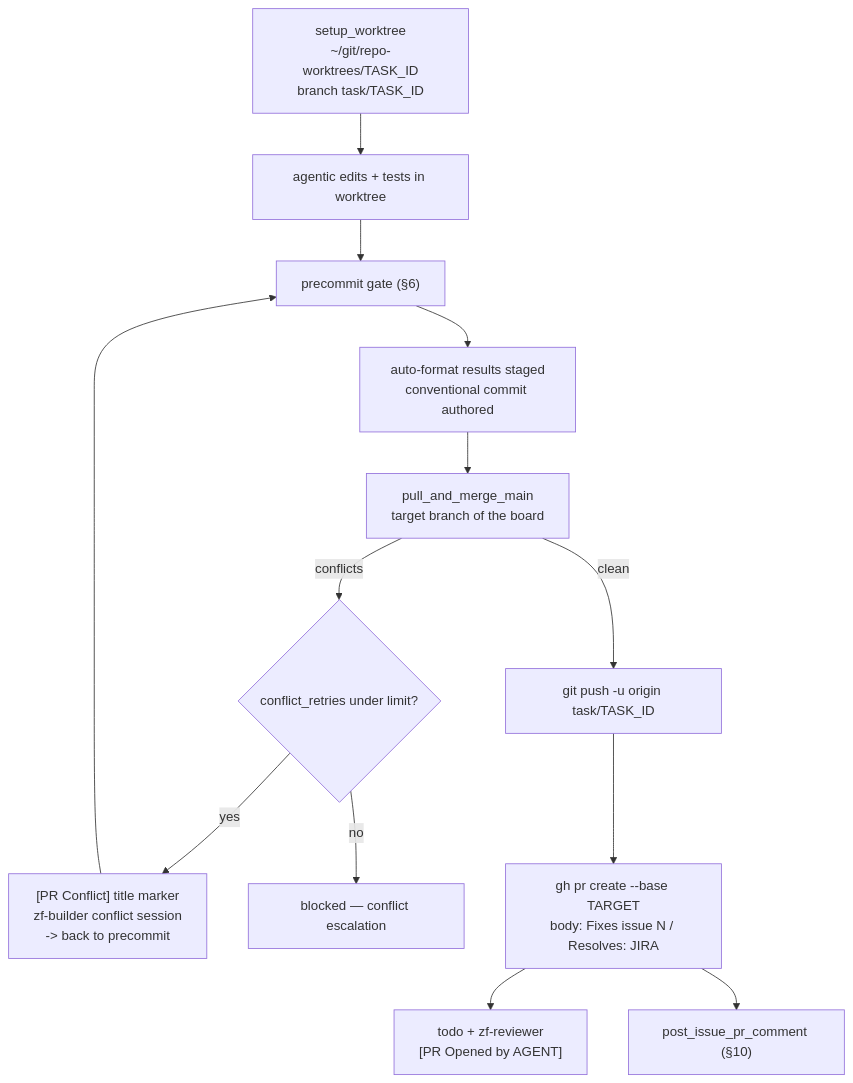
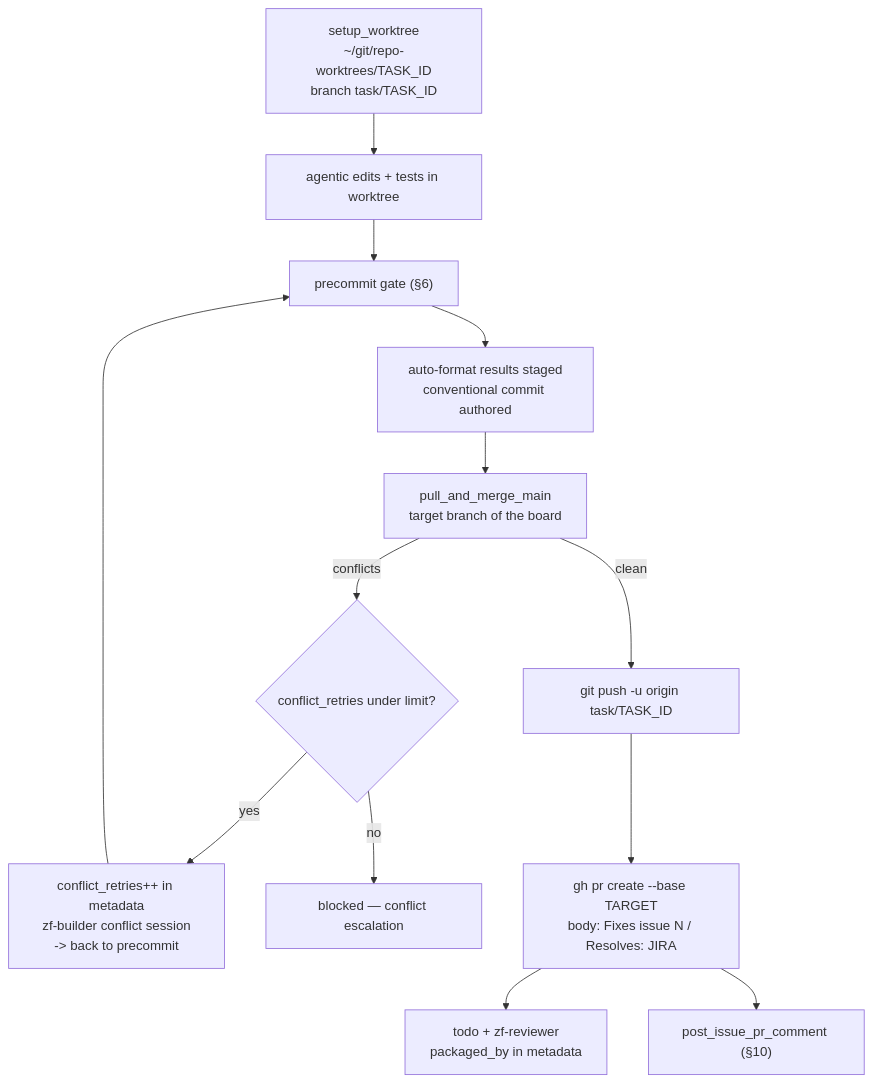
One commit to hotcode-dev/zerofactory changed the seventh of 11 diagrams in docs/FLOWS.md. Above: the diagram before and after it, drawn with Mermaid. The commit also changed other lines of this file and 15 other files, not shown here.

````diff
--- a/docs/FLOWS.md
+++ b/docs/FLOWS.md
@@ -298,15 +302,15 @@
 ```mermaid
 flowchart TD
     W["setup_worktree<br/>~/git/repo-worktrees/TASK_ID<br/>branch task/TASK_ID"] --> WORK["agentic edits + tests in worktree"]
     WORK --> PRE["precommit gate (§6)"]
     PRE --> STAGE["auto-format results staged<br/>conventional commit authored"]
     STAGE --> MERGE["pull_and_merge_main<br/>target branch of the board"]
     MERGE -->|conflicts| CF{"conflict_retries under limit?"}
-    CF -->|yes| CFB["[PR Conflict] title marker<br/>zf-builder conflict session<br/>-> back to precommit"]
+    CF -->|yes| CFB["conflict_retries++ in metadata<br/>zf-builder conflict session<br/>-> back to precommit"]
     CFB --> PRE
     CF -->|no| CFE["blocked — conflict escalation"]
     MERGE -->|clean| PUSH["git push -u origin task/TASK_ID"]
     PUSH --> PRC["gh pr create --base TARGET<br/>body: Fixes issue N / Resolves: JIRA"]
-    PRC --> RR["todo + zf-reviewer<br/>[PR Opened by AGENT]"]
+    PRC --> RR["todo + zf-reviewer<br/>packaged_by in metadata"]
     PRC --> IRE["post_issue_pr_comment (§10)"]
 ```
````
